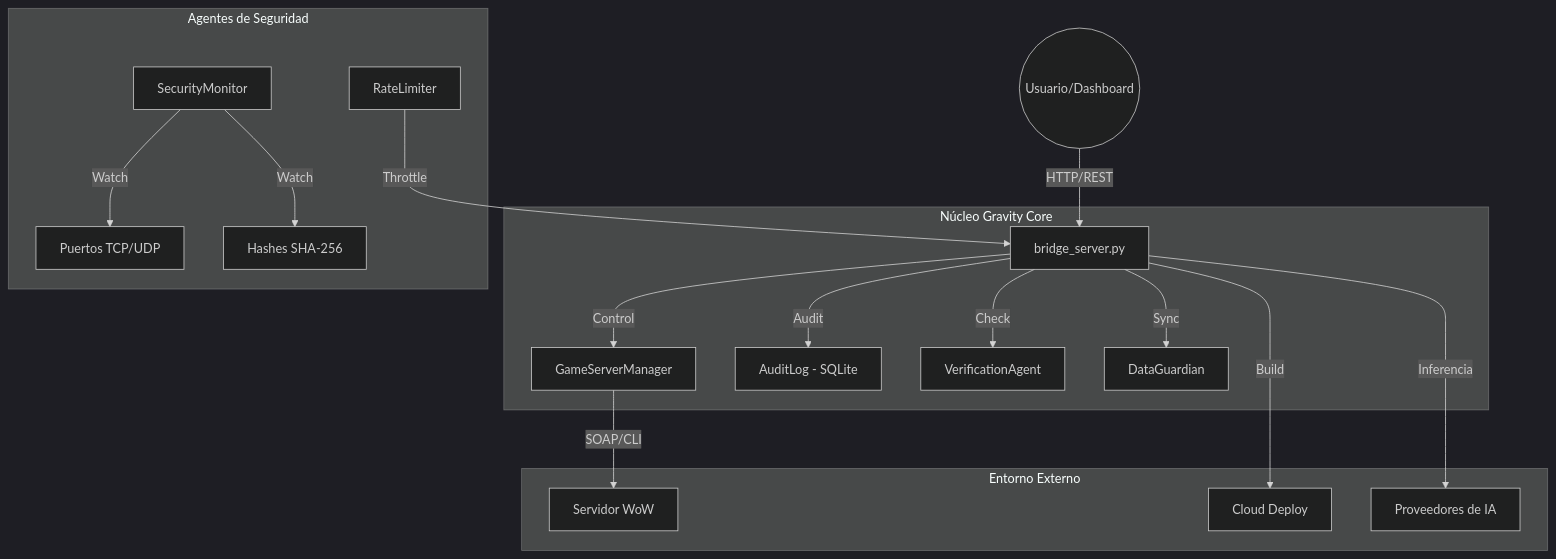
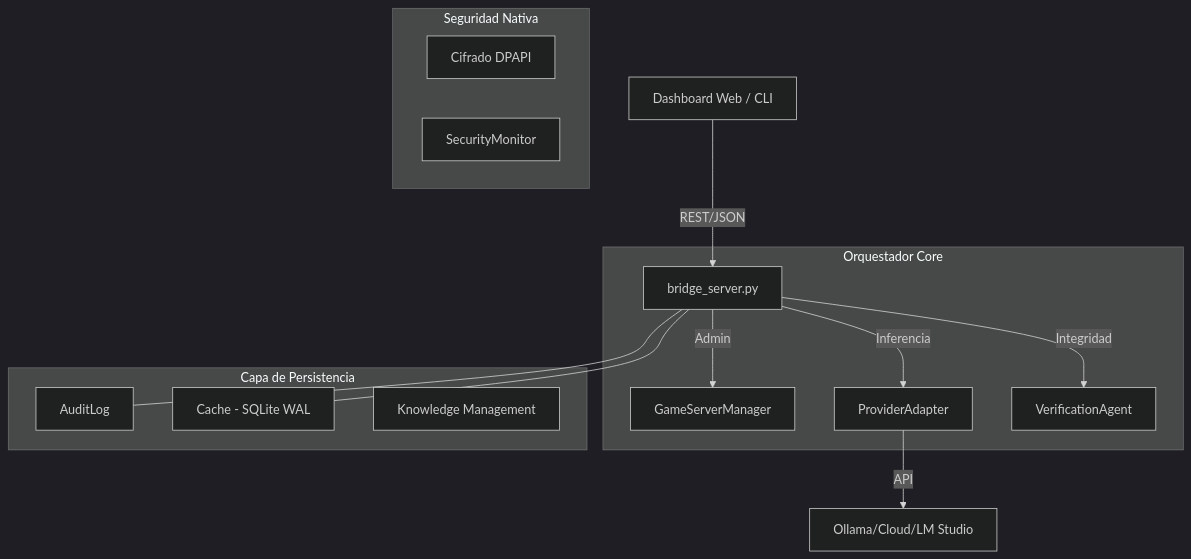
The diagram in wiki/Arquitectura.md (DarckRovert/Gravity_AI_bridge), drawn with Mermaid (dark theme) before and after one commit. The commit also changed other lines of this file and 4 other files, not shown here.

Commit message:
feat: Gravity AI Bridge V9.3.1 PRO sync 2026-04-17 00:27

````diff
--- a/wiki/Arquitectura.md
+++ b/wiki/Arquitectura.md
@@ -7,23 +7,25 @@
 ```mermaid
 graph TD
-    User((Usuario/Dashboard)) -->|HTTP/REST| Server[bridge_server.py]
+    Dashboard[Dashboard Web / CLI] -->|REST/JSON| Bridge[bridge_server.py]
     
-    subgraph Core ["Núcleo Gravity Core"]
-        Server -->|Control| GSM[GameServerManager]
-        Server -->|Audit| AL[AuditLog - SQLite]
-        Server -->|Check| VA[VerificationAgent]
-        Server -->|Sync| DG[DataGuardian]
+    subgraph Core ["Orquestador Core"]
+        Bridge -->|Admin| GSM[GameServerManager]
+        Bridge -->|Inferencia| PA[ProviderAdapter]
+        Bridge -->|Integridad| VA[VerificationAgent]
     end
     
-    subgraph Security ["Agentes de Seguridad"]
-        SM[SecurityMonitor] -->|Watch| Ports[Puertos TCP/UDP]
-        SM -->|Watch| Files[Hashes SHA-256]
-        RL[RateLimiter] -->|Throttle| Server
+    subgraph Persistence ["Capa de Persistencia"]
+        AL[AuditLog]
+        CE[Cache - SQLite WAL]
+        GK[Knowledge Management]
     end
     
-    subgraph External ["Entorno Externo"]
-        GSM -->|SOAP/CLI| WoW[Servidor WoW]
-        Server -->|Build| Netlify[Cloud Deploy]
-        Server -->|Inferencia| AI[Proveedores de IA]
+    subgraph Security ["Seguridad Nativa"]
+        DP[Cifrado DPAPI]
+        SM[SecurityMonitor]
     end
+    
+    PA -->|API| Providers[Ollama/Cloud/LM Studio]
+    Bridge --- CE
+    Bridge --- AL
 ```
````
